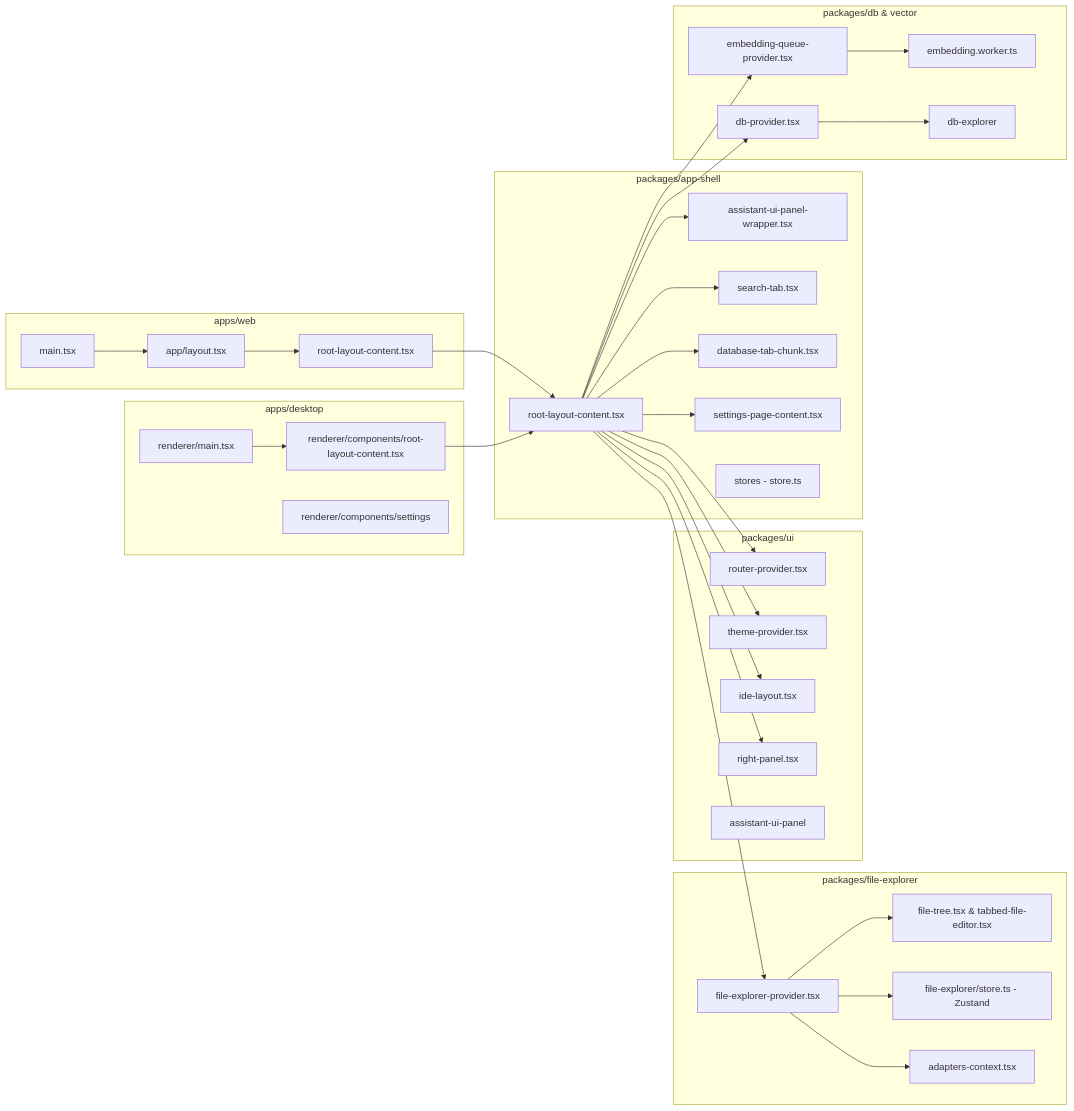
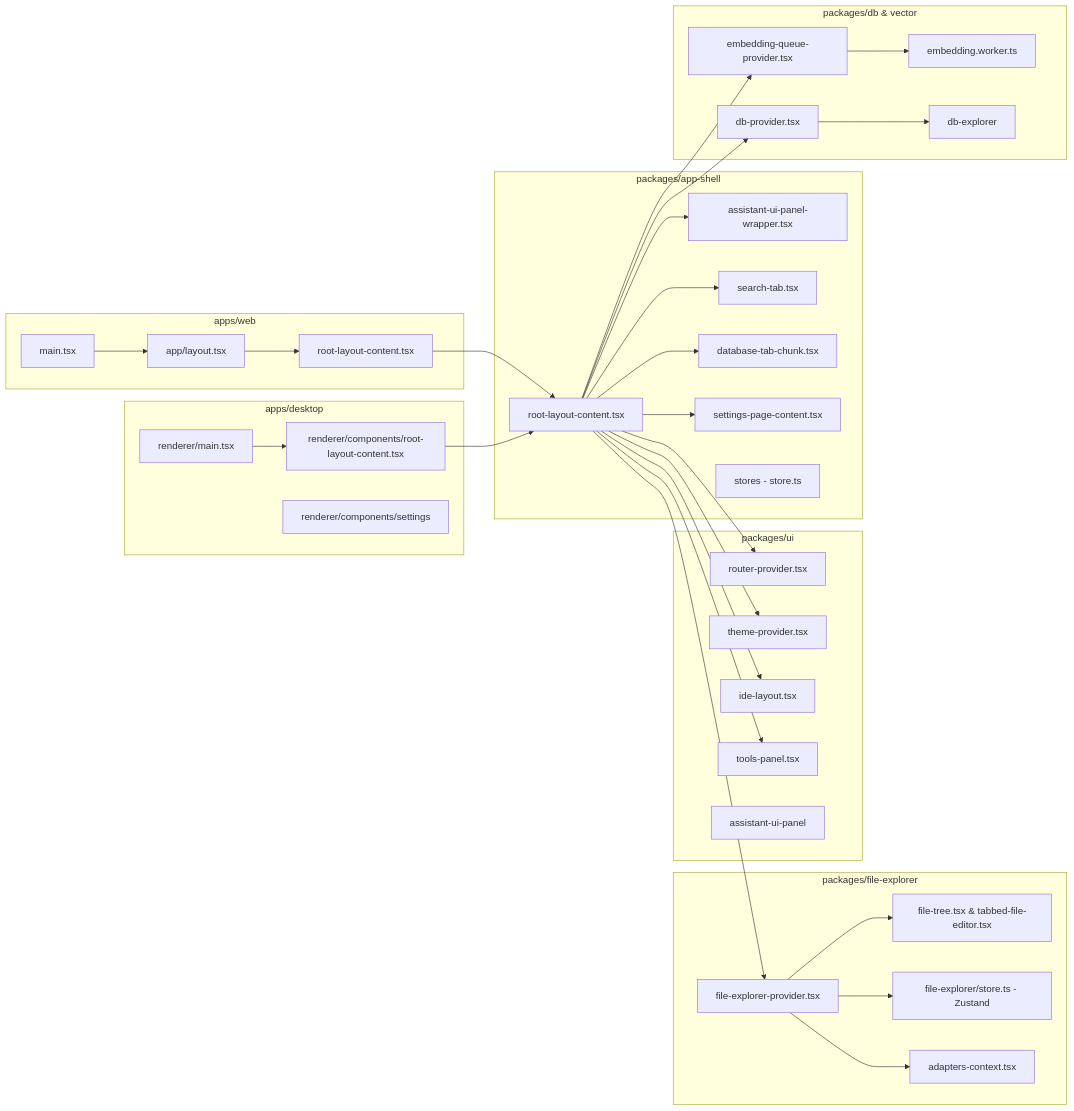
Before and after one commit to seandearnaley/brainstrike: the fourth of 4 diagrams in docs/brainstrike-frontend-architecture.md, drawn with Mermaid. The commit also changed other lines of this file and 20 other files, not shown here.

````diff
--- a/docs/brainstrike-frontend-architecture.md
+++ b/docs/brainstrike-frontend-architecture.md
@@ -175,55 +175,55 @@
 ```mermaid
 graph LR
   subgraph AppsWeb["apps/web"]
     Wmain["main.tsx"]
     Wlayout["app/layout.tsx"]
     Wroot["root-layout-content.tsx"]
   end
   subgraph AppsDesktop["apps/desktop"]
     Dmain["renderer/main.tsx"]
     Droot["renderer/components/root-layout-content.tsx"]
     Dsettings["renderer/components/settings"]
   end
 
   subgraph PackagesUI["packages/ui"]
     UIrouter["router-provider.tsx"]
     UItheme["theme-provider.tsx"]
     UIlayout["ide-layout.tsx"]
-    UIright["right-panel.tsx"]
+    UIright["tools-panel.tsx"]
     UIassist["assistant-ui-panel"]
   end
 
   subgraph PackagesAppShell["packages/app-shell"]
     ASroot["root-layout-content.tsx"]
     ASassist["assistant-ui-panel-wrapper.tsx"]
     ASsearch["search-tab.tsx"]
     ASdbchunk["database-tab-chunk.tsx"]
     ASsettings["settings-page-content.tsx"]
     ASstores["stores - store.ts"]
   end
 
   subgraph PackagesFileExplorer["packages/file-explorer"]
     FEP["file-explorer-provider.tsx"]
     FEU["file-tree.tsx & tabbed-file-editor.tsx"]
     FES["file-explorer/store.ts - Zustand"]
     FEA["adapters-context.tsx"]
   end
 
   subgraph PackagesDbVector["packages/db & vector"]
     DBP["db-provider.tsx"]
     VQP["embedding-queue-provider.tsx"]
     WK["embedding.worker.ts"]
     DBUI["db-explorer"]
   end
 
   Wmain --> Wlayout --> Wroot --> ASroot
   Dmain --> Droot --> ASroot
 
   ASroot --> UIrouter & UItheme & UIlayout & UIright
   ASroot --> ASassist & ASsearch & ASdbchunk & ASsettings
   ASroot --> FEP & DBP & VQP
 
   FEP --> FEU & FES & FEA
   VQP --> WK
   DBP --> DBUI
 ```
````
